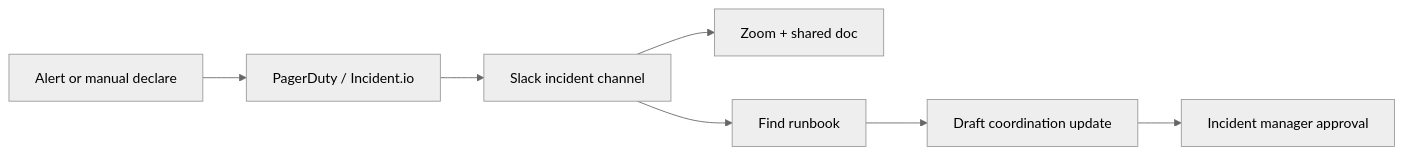
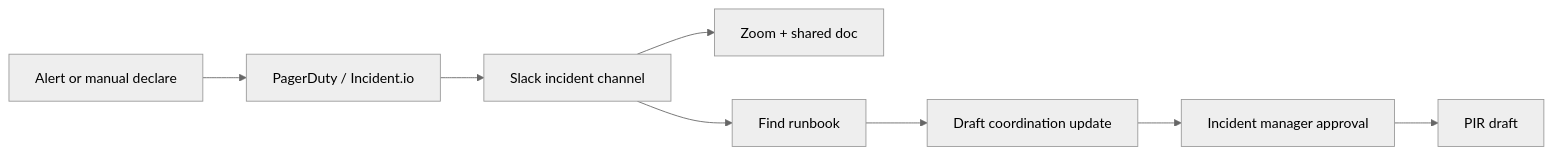
The diagram in docs/demo/INCIDENT_COORDINATION_ROADMAP_RU.md (ashishki/-Workflow-to-Agent-Studio), drawn with Mermaid (neutral theme) before and after one commit. The commit also changed other lines of this file and 9 other files, not shown here.

````diff
--- a/docs/demo/INCIDENT_COORDINATION_ROADMAP_RU.md
+++ b/docs/demo/INCIDENT_COORDINATION_ROADMAP_RU.md
@@ -37,9 +51,10 @@
 ```mermaid
 flowchart LR
     A[Alert or manual declare] --> B[PagerDuty / Incident.io]
     B --> C[Slack incident channel]
     C --> D[Zoom + shared doc]
     C --> E[Find runbook]
     E --> F[Draft coordination update]
     F --> G[Incident manager approval]
+    G --> H[PIR draft]
 ```
````
